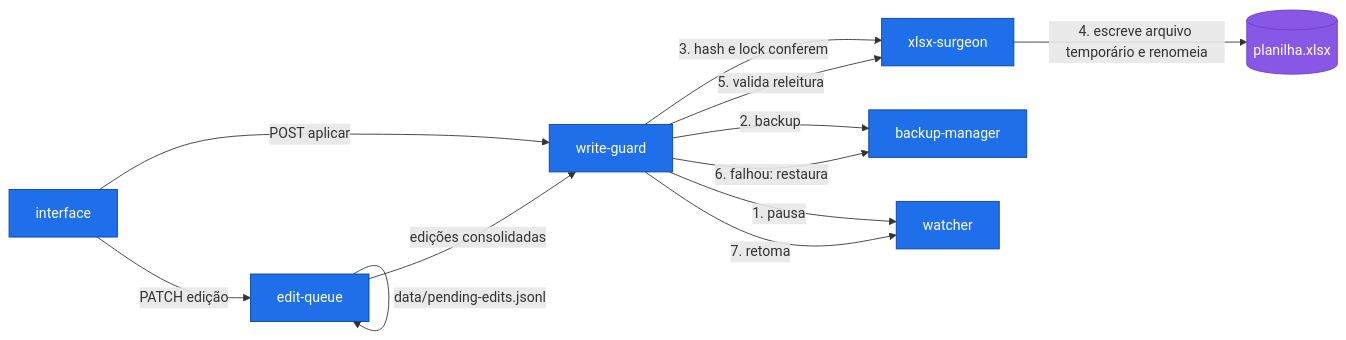
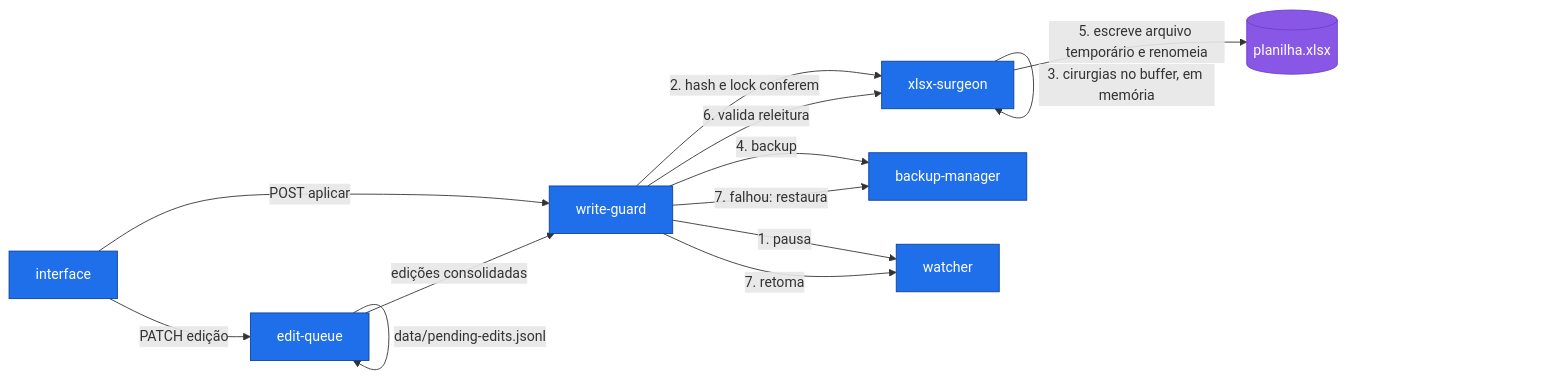
One commit to rodrigo-norys/cronoscomex changed the fourth of 6 diagrams in docs/04-arquitetura.md. Above: the diagram before and after it, drawn with Mermaid. The commit also changed other lines of this file and 11 other files, not shown here.

````diff
--- a/docs/04-arquitetura.md
+++ b/docs/04-arquitetura.md
@@ -167,27 +169,28 @@
 ```mermaid
 graph LR
     UI["interface"]
     QUEUE["edit-queue"]
     GUARD["write-guard"]
     ZIP["xlsx-surgeon"]
     BAK["backup-manager"]
     WATCH["watcher"]
     XLSX[("planilha.xlsx")]
 
     UI -->|"PATCH edição"| QUEUE
     QUEUE -->|"data/pending-edits.jsonl"| QUEUE
     UI -->|"POST aplicar"| GUARD
     QUEUE -->|"edições consolidadas"| GUARD
     GUARD -->|"1. pausa"| WATCH
-    GUARD -->|"2. backup"| BAK
-    GUARD -->|"3. hash e lock conferem"| ZIP
-    ZIP -->|"4. escreve arquivo temporário e renomeia"| XLSX
-    GUARD -->|"5. valida releitura"| ZIP
-    GUARD -->|"6. falhou: restaura"| BAK
+    GUARD -->|"2. hash e lock conferem"| ZIP
+    ZIP -->|"3. cirurgias no buffer, em memória"| ZIP
+    GUARD -->|"4. backup"| BAK
+    ZIP -->|"5. escreve arquivo temporário e renomeia"| XLSX
+    GUARD -->|"6. valida releitura"| ZIP
+    GUARD -->|"7. falhou: restaura"| BAK
     GUARD -->|"7. retoma"| WATCH
 
     classDef proc fill:#1f6feb,stroke:#0d419d,color:#fff
     classDef dado fill:#8957e5,stroke:#6e40c9,color:#fff
     class UI,QUEUE,GUARD,ZIP,BAK,WATCH proc
     class XLSX dado
 ```
````
